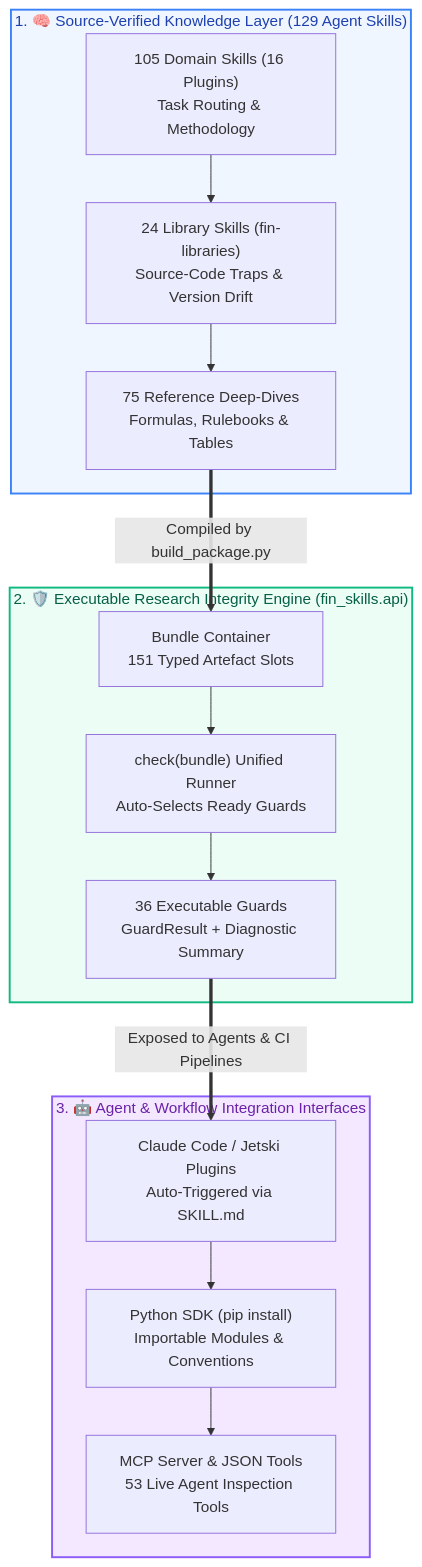
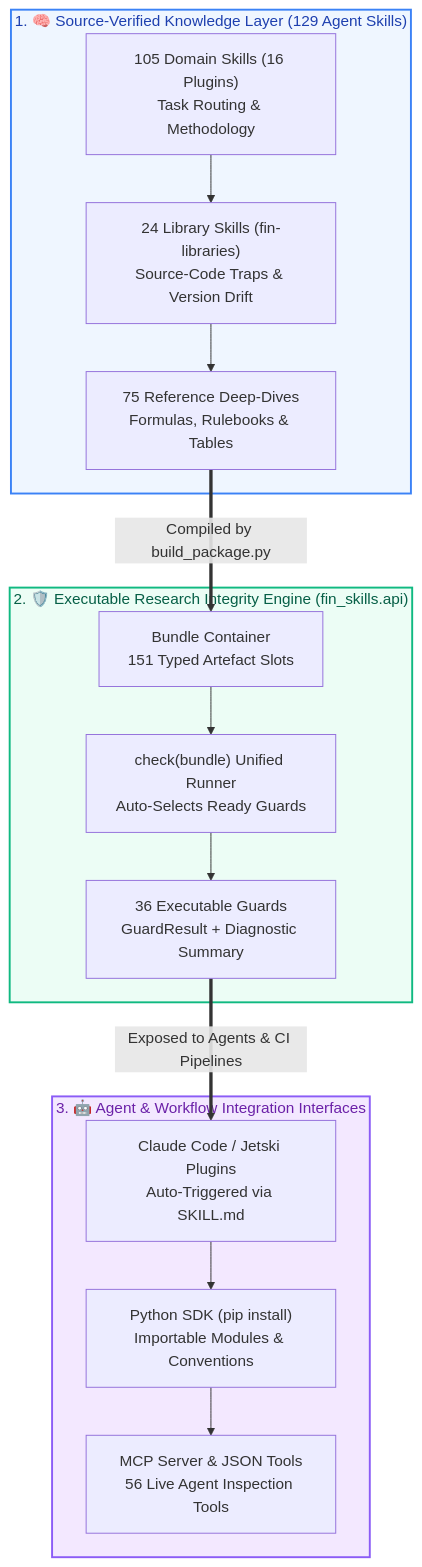
Before and after one commit to howard-lynn-ye/fin-skills: the diagram in README.md, drawn with Mermaid. The commit also changed other lines of this file and 172 other files, not shown here.

````diff
--- a/README.md
+++ b/README.md
@@ -61,21 +73,21 @@
 ```mermaid
 flowchart TD
     subgraph TIER1 ["1. 🧠 Source-Verified Knowledge Layer (129 Agent Skills)"]
         D1["105 Domain Skills (16 Plugins)<br/>Task Routing & Methodology"] --> D2["24 Library Skills (fin-libraries)<br/>Source-Code Traps & Version Drift"] --> D3["75 Reference Deep-Dives<br/>Formulas, Rulebooks & Tables"]
     end
 
     subgraph TIER2 ["2. 🛡️ Executable Research Integrity Engine (fin_skills.api)"]
         E1["Bundle Container<br/>151 Typed Artefact Slots"] --> E2["check(bundle) Unified Runner<br/>Auto-Selects Ready Guards"] --> E3["36 Executable Guards<br/>GuardResult + Diagnostic Summary"]
     end
 
     subgraph TIER3 ["3. 🤖 Agent & Workflow Integration Interfaces"]
-        I1["Claude Code / Jetski Plugins<br/>Auto-Triggered via SKILL.md"] --> I2["Python SDK (pip install)<br/>Importable Modules & Conventions"] --> I3["MCP Server & JSON Tools<br/>53 Live Agent Inspection Tools"]
+        I1["Claude Code / Jetski Plugins<br/>Auto-Triggered via SKILL.md"] --> I2["Python SDK (pip install)<br/>Importable Modules & Conventions"] --> I3["MCP Server & JSON Tools<br/>56 Live Agent Inspection Tools"]
     end
 
     D3 ==>|Compiled by build_package.py| E1
     E3 ==>|Exposed to Agents & CI Pipelines| I1
 
     style TIER1 fill:#eff6ff,stroke:#3b82f6,stroke-width:2px,color:#1e40af
     style TIER2 fill:#ecfdf5,stroke:#10b981,stroke-width:2px,color:#065f46
     style TIER3 fill:#f3e8ff,stroke:#8b5cf6,stroke-width:2px,color:#6b21a8
 ```
````
